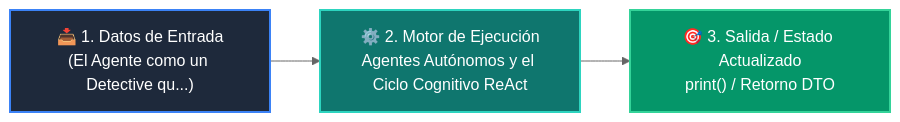
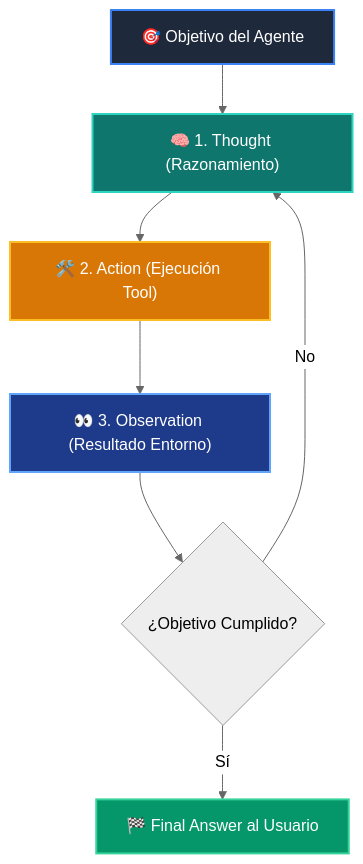
Before and after one commit to wisrovi/wisrovi-python: the diagram in docs/curso-03/clase-07.md, drawn with Mermaid (neutral theme). The commit also changed other lines of this file and 52 other files, not shown here.

````diff
--- a/docs/curso-03/clase-07.md
+++ b/docs/curso-03/clase-07.md
@@ -38,9 +37,14 @@
 ```mermaid
-flowchart LR
-    IN["📥 1. Datos de Entrada<br/>(El Agente como un Detective qu...)"] --> ENG["⚙️ 2. Motor de Ejecución<br/>Agentes Autónomos y el Ciclo Cognitivo ReAct"]
-    ENG --> OUT["🎯 3. Salida / Estado Actualizado<br/>print() / Retorno DTO"]
-
-    style IN fill:#1e293b,color:#ffffff,stroke:#3b82f6,stroke-width:2px
-    style ENG fill:#0f766e,color:#ffffff,stroke:#2dd4bf,stroke-width:2px
-    style OUT fill:#059669,color:#ffffff,stroke:#34d399,stroke-width:2px
+flowchart TD
+    A["🎯 Objetivo del Agente"] --> B["🧠 1. Thought (Razonamiento)"]
+    B --> C["🛠️ 2. Action (Ejecución Tool)"]
+    C --> D["👀 3. Observation (Resultado Entorno)"]
+    D --> E{"¿Objetivo Cumplido?"}
+    E -->|No| B
+    E -->|Sí| F["🏁 Final Answer al Usuario"]
+    style A fill:#1e293b,color:#ffffff,stroke:#3b82f6,stroke-width:2px
+    style B fill:#0f766e,color:#ffffff,stroke:#2dd4bf,stroke-width:2px
+    style C fill:#d97706,color:#ffffff,stroke:#fbbf24,stroke-width:2px
+    style D fill:#1e3a8a,color:#ffffff,stroke:#60a5fa,stroke-width:2px
+    style F fill:#059669,color:#ffffff,stroke:#34d399,stroke-width:2px
 ```
````
